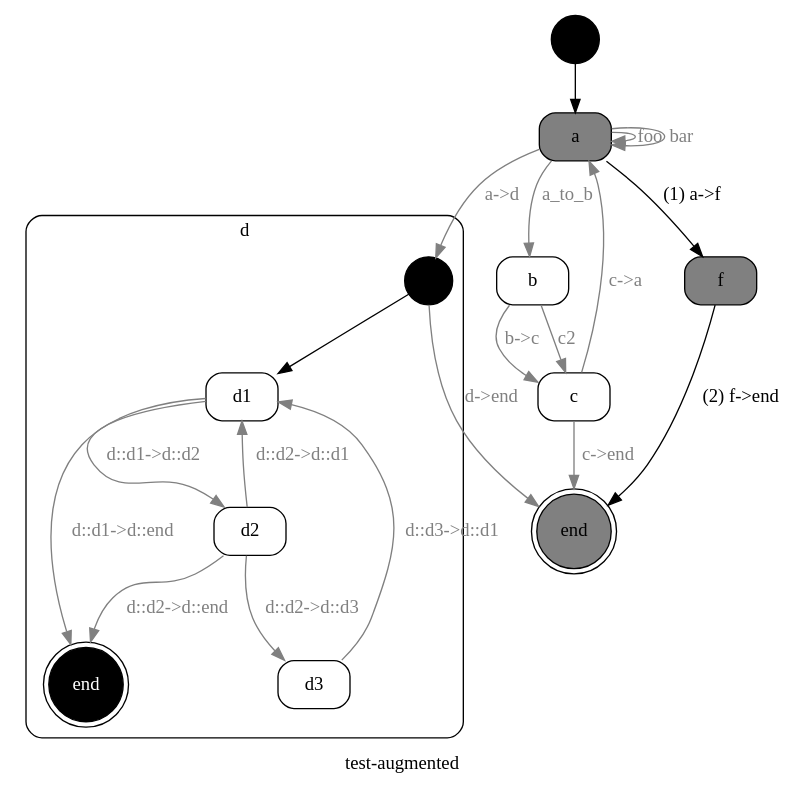
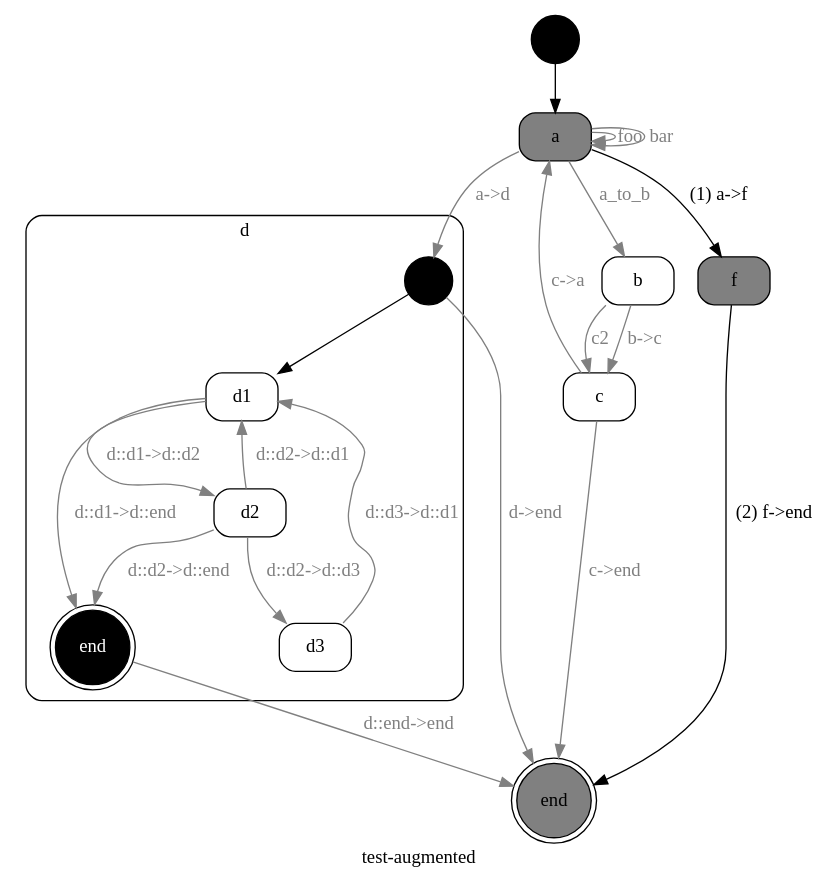
One commit to kstephens/red_steak changed the diagram in example/red_steak-test-augmented-history.dot. Above: the diagram before and after it, drawn with Graphviz. The commit also changed 18 other files, not shown here.

```diff
--- a/example/red_steak-test-augmented-history.dot
+++ b/example/red_steak-test-augmented-history.dot
@@ -1,100 +1,103 @@
 
 // {#<RedSteak::Statemachine test-augmented>
 digraph x1 {
   label="test-augmented"; 
   node [ shape="circle", label="", style=filled, fillcolor=black ] x1_START; 
 
 // #<RedSteak::State test-augmented a>
   node [ shape="box", label="a", style="filled,rounded", color=black, fillcolor=grey, fontcolor=black ] x2;
 
 // #<RedSteak::State test-augmented b>
   node [ shape="box", label="b", style="filled,rounded", color=black, fillcolor=white, fontcolor=black ] x3;
 
 // #<RedSteak::State test-augmented c>
   node [ shape="box", label="c", style="filled,rounded", color=black, fillcolor=white, fontcolor=black ] x4;
 
 // #<RedSteak::State test-augmented d>
 
 // {#<RedSteak::Statemachine test-augmented::d>
 subgraph cluster_x5 {
   label="d"; 
   shape="box"; 
   style="filled,rounded"; 
   fillcolor=white; 
   fontcolor=black; 
   node [ shape="circle", label="", style=filled, fillcolor=black ] x5_START; 
 
 // #<RedSteak::State test-augmented::d d::d1>
   node [ shape="box", label="d1", style="filled,rounded", color=black, fillcolor=white, fontcolor=black ] x6;
 
 // #<RedSteak::State test-augmented::d d::d2>
   node [ shape="box", label="d2", style="filled,rounded", color=black, fillcolor=white, fontcolor=black ] x7;
 
 // #<RedSteak::State test-augmented::d d::d3>
   node [ shape="box", label="d3", style="filled,rounded", color=black, fillcolor=white, fontcolor=black ] x8;
 
 // #<RedSteak::State test-augmented::d d::end>
   node [ shape="doublecircle", label="end", style="filled,rounded", color=black, fillcolor=black, fontcolor=white ] x9;
 }
 // } #<RedSteak::Statemachine test-augmented::d>
 
 // #<RedSteak::State test-augmented end>
   node [ shape="doublecircle", label="end", style="filled,rounded", color=black, fillcolor=grey, fontcolor=black ] x10;
 
 // #<RedSteak::State test-augmented f>
   node [ shape="box", label="f", style="filled,rounded", color=black, fillcolor=grey, fontcolor=black ] x11;
 
 // #<RedSteak::Transition test-augmented foo a -> a>
 x2 -> x2 [ label="foo", color=gray, fontcolor=gray ];
 
 // #<RedSteak::Transition test-augmented bar a -> a>
 x2 -> x2 [ label="bar", color=gray, fontcolor=gray ];
 
 // #<RedSteak::Transition test-augmented a_to_b a -> b>
 x2 -> x3 [ label="a_to_b", color=gray, fontcolor=gray ];
 
 // #<RedSteak::Transition test-augmented b->c b -> c>
 x3 -> x4 [ label="b->c", color=gray, fontcolor=gray ];
 
 // #<RedSteak::Transition test-augmented c2 b -> c>
 x3 -> x4 [ label="c2", color=gray, fontcolor=gray ];
 
 // #<RedSteak::Transition test-augmented c->a c -> a>
 x4 -> x2 [ label="c->a", color=gray, fontcolor=gray ];
 
 // #<RedSteak::Transition test-augmented c->end c -> end>
 x4 -> x10 [ label="c->end", color=gray, fontcolor=gray ];
 
 // #<RedSteak::Transition test-augmented a->d a -> d>
 x2 -> x5_START [ label="a->d", color=gray, fontcolor=gray ];
 
 // #<RedSteak::Transition test-augmented d->end d -> end>
 x5_START -> x10 [ label="d->end", color=gray, fontcolor=gray ];
 
 // #<RedSteak::Transition test-augmented a->f a -> f>
 x2 -> x11 [ label="(1) a->f", color=black, fontcolor=black ];
 
 // #<RedSteak::Transition test-augmented f->end f -> end>
 x11 -> x10 [ label="(2) f->end", color=black, fontcolor=black ];
 x1_START -> x2;
 
 // #<RedSteak::Transition test-augmented::d d::d1->d::d2 d::d1 -> d::d2>
 x6 -> x7 [ label="d::d1->d::d2", color=gray, fontcolor=gray ];
 
 // #<RedSteak::Transition test-augmented::d d::d1->d::end d::d1 -> d::end>
 x6 -> x9 [ label="d::d1->d::end", color=gray, fontcolor=gray ];
 
 // #<RedSteak::Transition test-augmented::d d::d2->d::d1 d::d2 -> d::d1>
 x7 -> x6 [ label="d::d2->d::d1", color=gray, fontcolor=gray ];
 
 // #<RedSteak::Transition test-augmented::d d::d2->d::end d::d2 -> d::end>
 x7 -> x9 [ label="d::d2->d::end", color=gray, fontcolor=gray ];
 
 // #<RedSteak::Transition test-augmented::d d::d3->d::d1 d::d3 -> d::d1>
 x8 -> x6 [ label="d::d3->d::d1", color=gray, fontcolor=gray ];
 
 // #<RedSteak::Transition test-augmented::d d::d2->d::d3 d::d2 -> d::d3>
 x7 -> x8 [ label="d::d2->d::d3", color=gray, fontcolor=gray ];
+
+// #<RedSteak::Transition test-augmented::d d::end->end d::end -> end>
+x9 -> x10 [ label="d::end->end", color=gray, fontcolor=gray ];
 x5_START -> x6;
 }
 // } #<RedSteak::Statemachine test-augmented>
```
